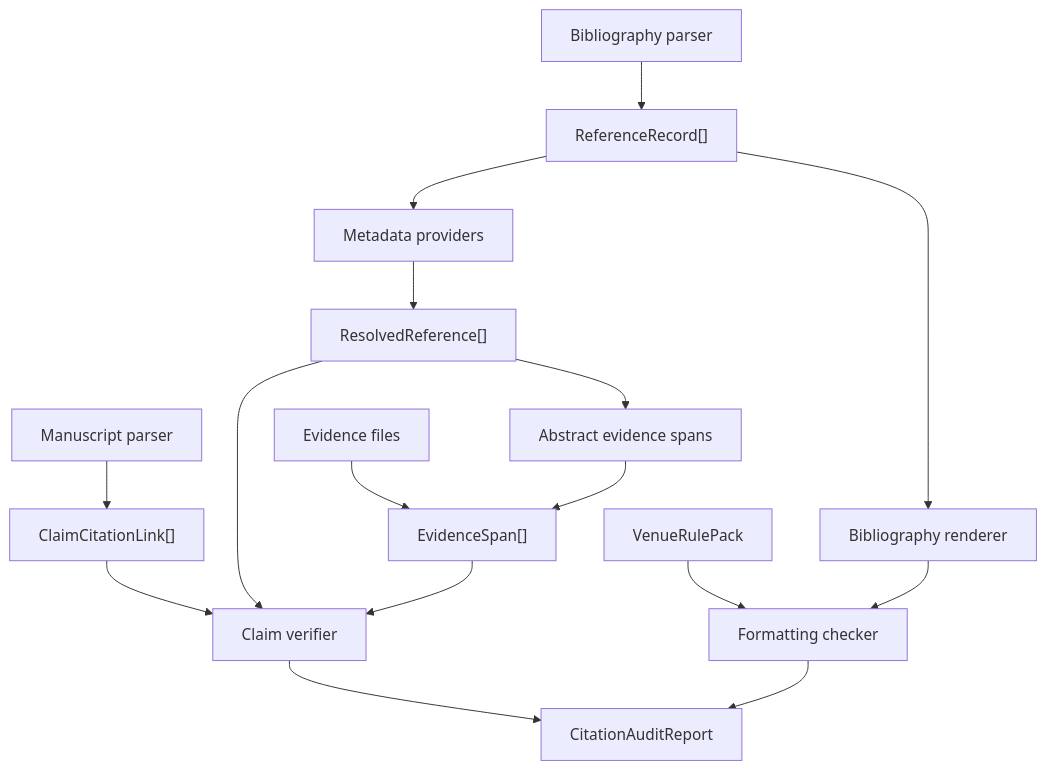
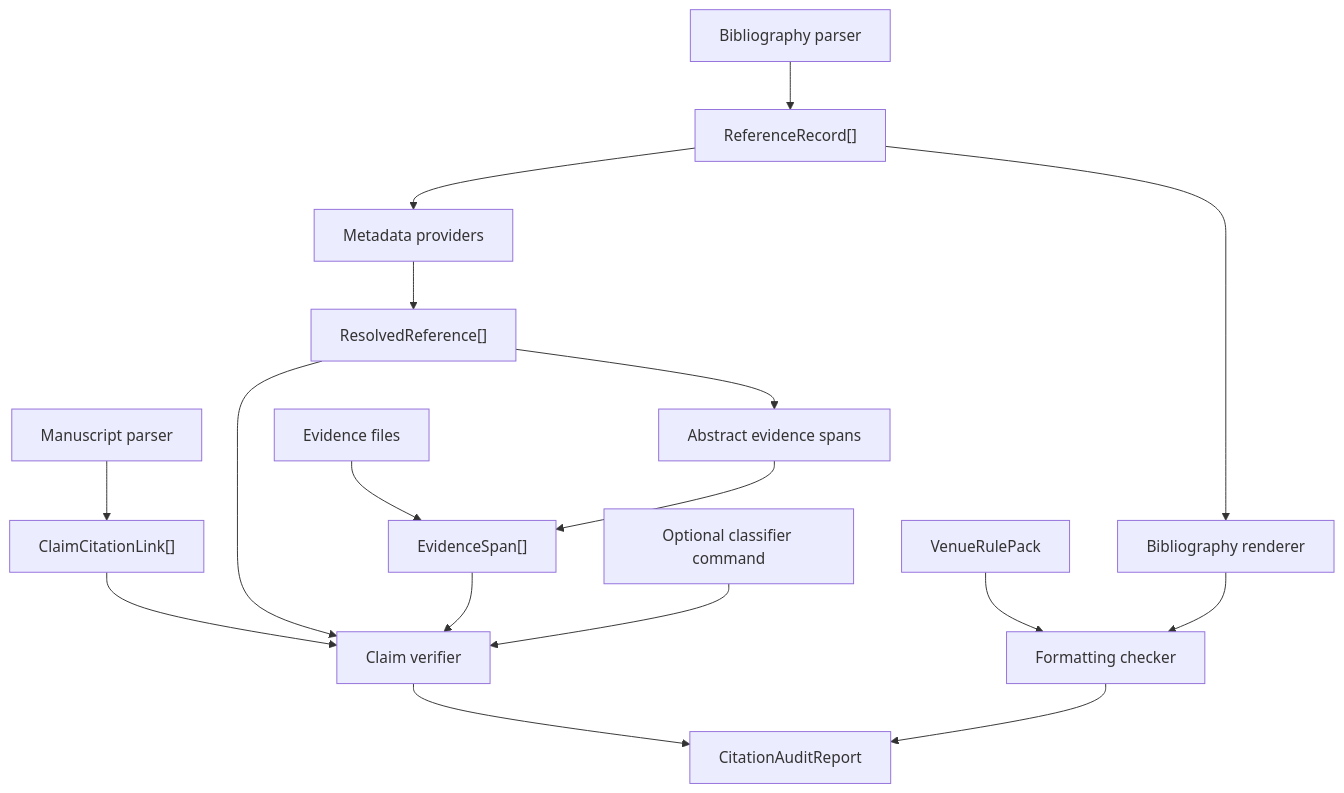
The first of 2 diagrams in docs/architecture.md (shrijacked/citekit), drawn with Mermaid before and after one commit. The commit also changed other lines of this file and 10 other files, not shown here.

Commit message:
feat: add external claim classifier command

````diff
--- a/docs/architecture.md
+++ b/docs/architecture.md
@@ -7,18 +7,19 @@
 ```mermaid
 flowchart TD
   Manuscript["Manuscript parser"] --> Claims["ClaimCitationLink[]"]
   Bibliography["Bibliography parser"] --> References["ReferenceRecord[]"]
   References --> Resolver["Metadata providers"]
   Resolver --> Resolved["ResolvedReference[]"]
   EvidenceFiles["Evidence files"] --> EvidenceStore["EvidenceSpan[]"]
   Resolved --> MetadataEvidence["Abstract evidence spans"]
   MetadataEvidence --> EvidenceStore
   Claims --> Verifier["Claim verifier"]
   Resolved --> Verifier
   EvidenceStore --> Verifier
+  Classifier["Optional classifier command"] --> Verifier
   References --> Renderer["Bibliography renderer"]
   Venue["VenueRulePack"] --> Formatting["Formatting checker"]
   Renderer --> Formatting
   Verifier --> Report["CitationAuditReport"]
   Formatting --> Report
 ```
````
